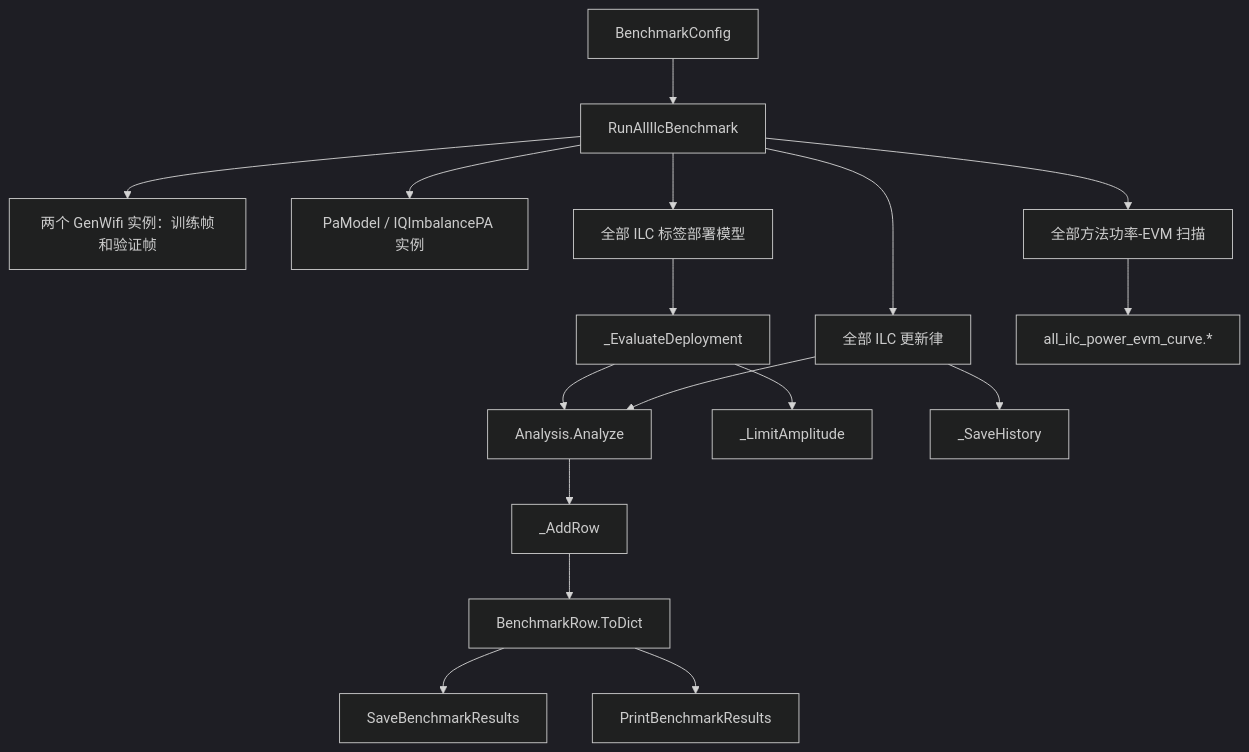
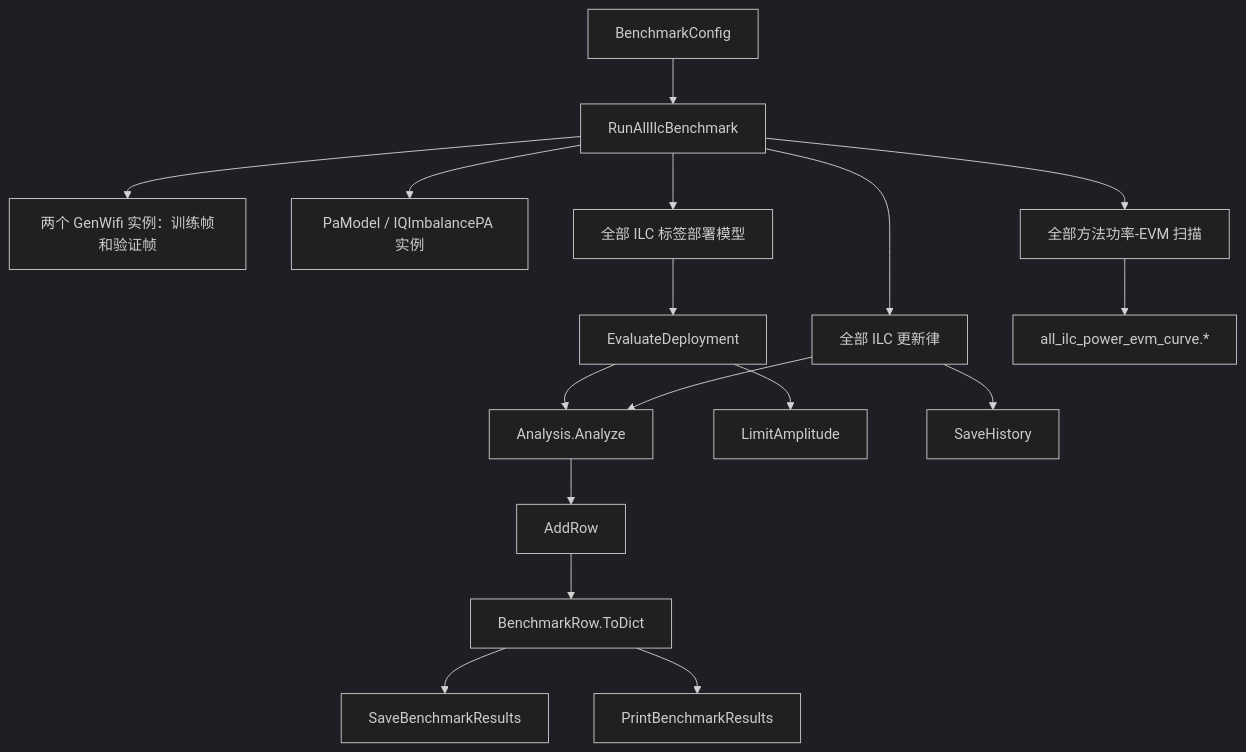
One commit to niyilu45/DPD_ILC changed the ninth of 10 diagrams in README.md. Above: the diagram before and after it, drawn with Mermaid (dark theme). The commit also changed other lines of this file and 13 other files, not shown here.

````diff
--- a/README.md
+++ b/README.md
@@ -306,21 +335,21 @@
 ```mermaid
 flowchart TD
     config["BenchmarkConfig"] --> run["RunAllIlcBenchmark"]
     run --> waveform["两个 GenWifi 实例：训练帧和验证帧"]
     run --> pa["PaModel / IQImbalancePA 实例"]
     run --> ilc["全部 ILC 更新律"]
     run --> deploy["全部 ILC 标签部署模型"]
     run --> powerSweep["全部方法功率-EVM 扫描"]
 
     ilc --> evaluate["Analysis.Analyze"]
-    deploy --> deploymentEval["_EvaluateDeployment"]
-    deploymentEval --> limit["_LimitAmplitude"]
+    deploy --> deploymentEval["EvaluateDeployment"]
+    deploymentEval --> limit["LimitAmplitude"]
     deploymentEval --> evaluate
 
-    evaluate --> addRow["_AddRow"]
+    evaluate --> addRow["AddRow"]
     addRow --> row["BenchmarkRow.ToDict"]
-    ilc --> history["_SaveHistory"]
+    ilc --> history["SaveHistory"]
     row --> save["SaveBenchmarkResults"]
     row --> print["PrintBenchmarkResults"]
     powerSweep --> curve["all_ilc_power_evm_curve.*"]
 ```
````
